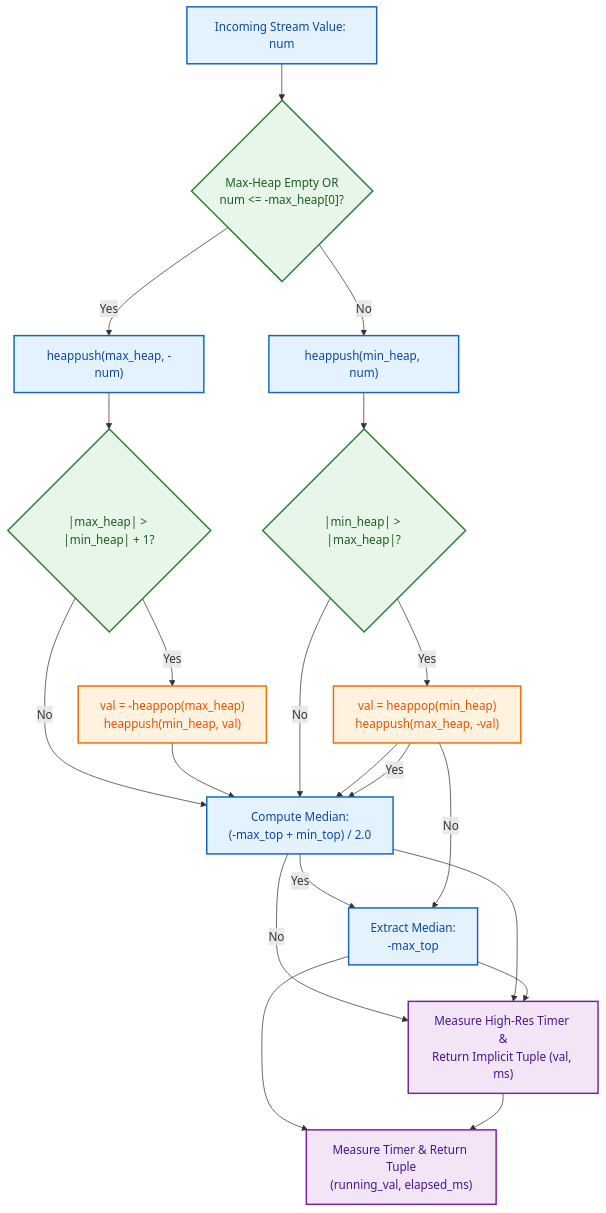
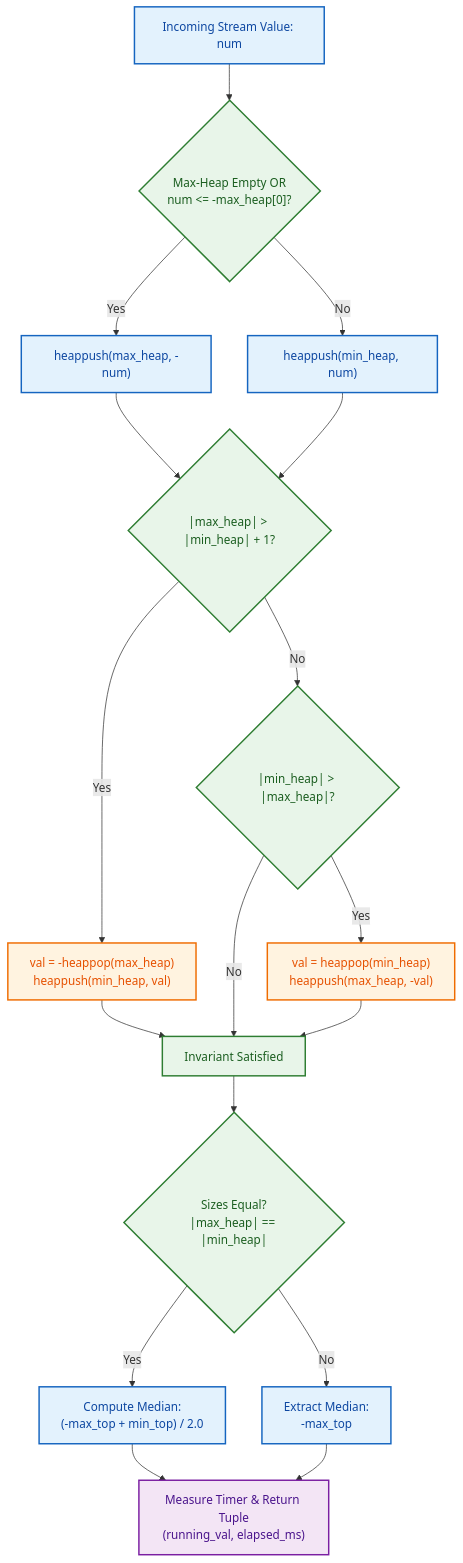
The diagram in python/README.md (nedialko1/Cplus_project), drawn with Mermaid before and after one commit.

````diff
--- a/python/README.md
+++ b/python/README.md
@@ -111,35 +111,31 @@
 ```mermaid
 graph TD
     classDef container fill:#E3F2FD,stroke:#1565C0,stroke-width:2px,color:#0D47A1;
     classDef logic fill:#E8F5E9,stroke:#2E7D32,stroke-width:2px,color:#1B5E20;
     classDef rebalance fill:#FFF3E0,stroke:#EF6C00,stroke-width:2px,color:#E65100;
     classDef returnDomain fill:#F3E5F5,stroke:#7B1FA2,stroke-width:2px,color:#4A148C;
 
     A["Incoming Stream Value: num"]:::container --> B{"Max-Heap Empty OR<br/>num <= -max_heap[0]?"}:::logic
     
     B -- "Yes" --> C["heappush(max_heap, -num)"]:::container
     B -- "No" --> D["heappush(min_heap, num)"]:::container
     
-    C --> E{"|max_heap| > |min_heap| + 1?"}:::logic
-    D --> F{"|min_heap| > |max_heap|?"}:::logic
+    C --> E
+    D --> E{"|max_heap| > |min_heap| + 1?"}:::logic
     
-    E -- "Yes" --> G["val = -heappop(max_heap)<br/>heappush(min_heap, val)"]:::rebalance
-    F -- "Yes" --> H["val = heappop(min_heap)<br/>heappush(max_heap, -val)"]:::rebalance
+    E -- "Yes" --> F["val = -heappop(max_heap)<br/>heappush(min_heap, val)"]:::rebalance
+    E -- "No" --> G{"|min_heap| > |max_heap|?"}:::logic
     
-    E -- "No" --> I{"Sizes Equal?<br/>|max_heap| == |min_heap|"}:::logic
-    G --> I
-    F -- "No" --> I
-    H --> I
+    F --> H["Invariant Satisfied"]:::logic
+    G -- "Yes" --> I["val = heappop(min_heap)<br/>heappush(max_heap, -val)"]:::rebalance
+    G -- "No" --> H
+    I --> H
     
-    I -- "Yes" --> J["Compute Median:<br/>(-max_top + min_top) / 2.0"]:::container
-    I -- "No" --> K["Extract Median:<br/>-max_top"]:::container
+    H --> J{"Sizes Equal?<br/>|max_heap| == |min_heap|"}:::logic
     
-    J --> L["Measure Timer & Return Tuple<br/>(running_val, elapsed_ms)"]:::returnDomain
-    K --> L
+    J -- "Yes" --> K["Compute Median:<br/>(-max_top + min_top) / 2.0"]:::container
+    J -- "No" --> L["Extract Median:<br/>-max_top"]:::container
     
-    H -- "Yes" --> I["Compute Median:<br/>(-max_top + min_top) / 2.0"]:::container
-    H -- "No" --> J["Extract Median:<br/>-max_top"]:::container
-    
-    I --> K["Measure High-Res Timer &<br/>Return Implicit Tuple (val, ms)"]:::returnDomain
-    J --> K
+    K --> M["Measure Timer & Return Tuple<br/>(running_val, elapsed_ms)"]:::returnDomain
+    L --> M
 ```    
````
